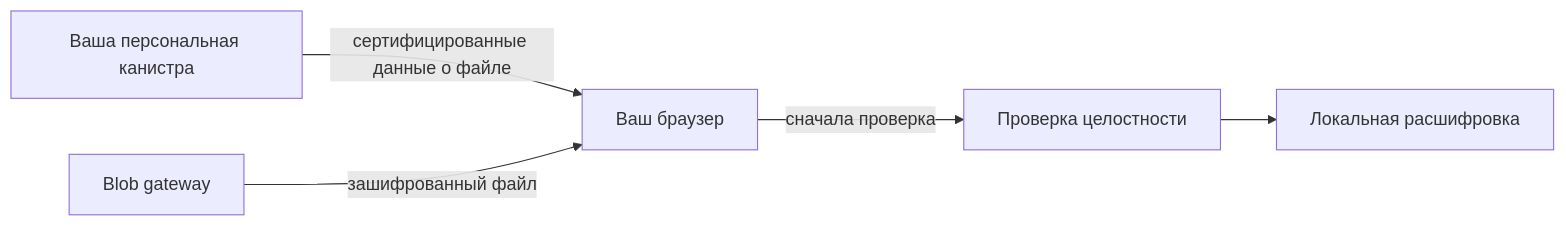
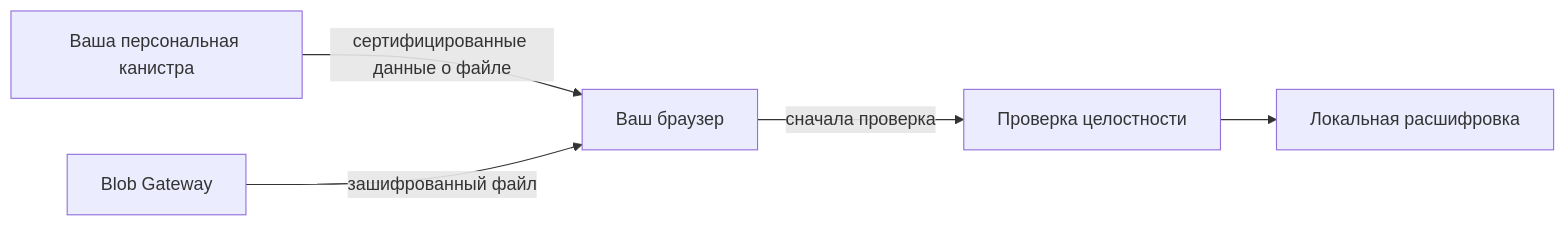
Before and after one commit to rabbithole-app/v2: the diagram in apps/docs/src/ru/how-it-works/storage/blob-storage.mdx, drawn with Mermaid. The commit also changed other lines of this file and 46 other files, not shown here.

````diff
--- a/apps/docs/src/ru/how-it-works/storage/blob-storage.mdx
+++ b/apps/docs/src/ru/how-it-works/storage/blob-storage.mdx
@@ -71,7 +71,7 @@
 ```mermaid
 flowchart LR
     C[Ваша персональная канистра] -->|сертифицированные данные о файле| B[Ваш браузер]
-    G[Blob gateway] -->|зашифрованный файл| B
+    G[Blob Gateway] -->|зашифрованный файл| B
     B -->|сначала проверка| V[Проверка целостности]
     V --> D[Локальная расшифровка]
 ```
````
